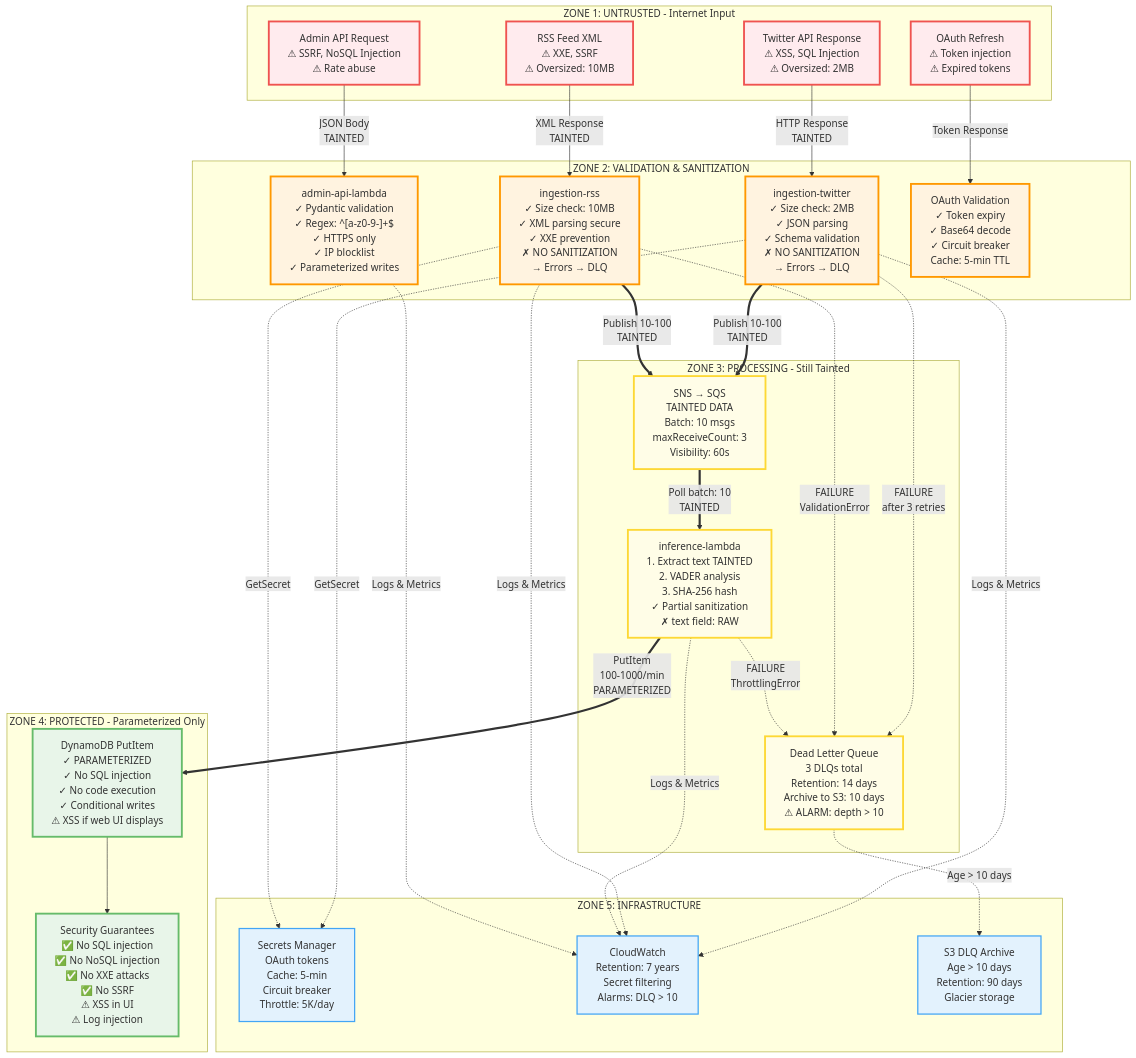
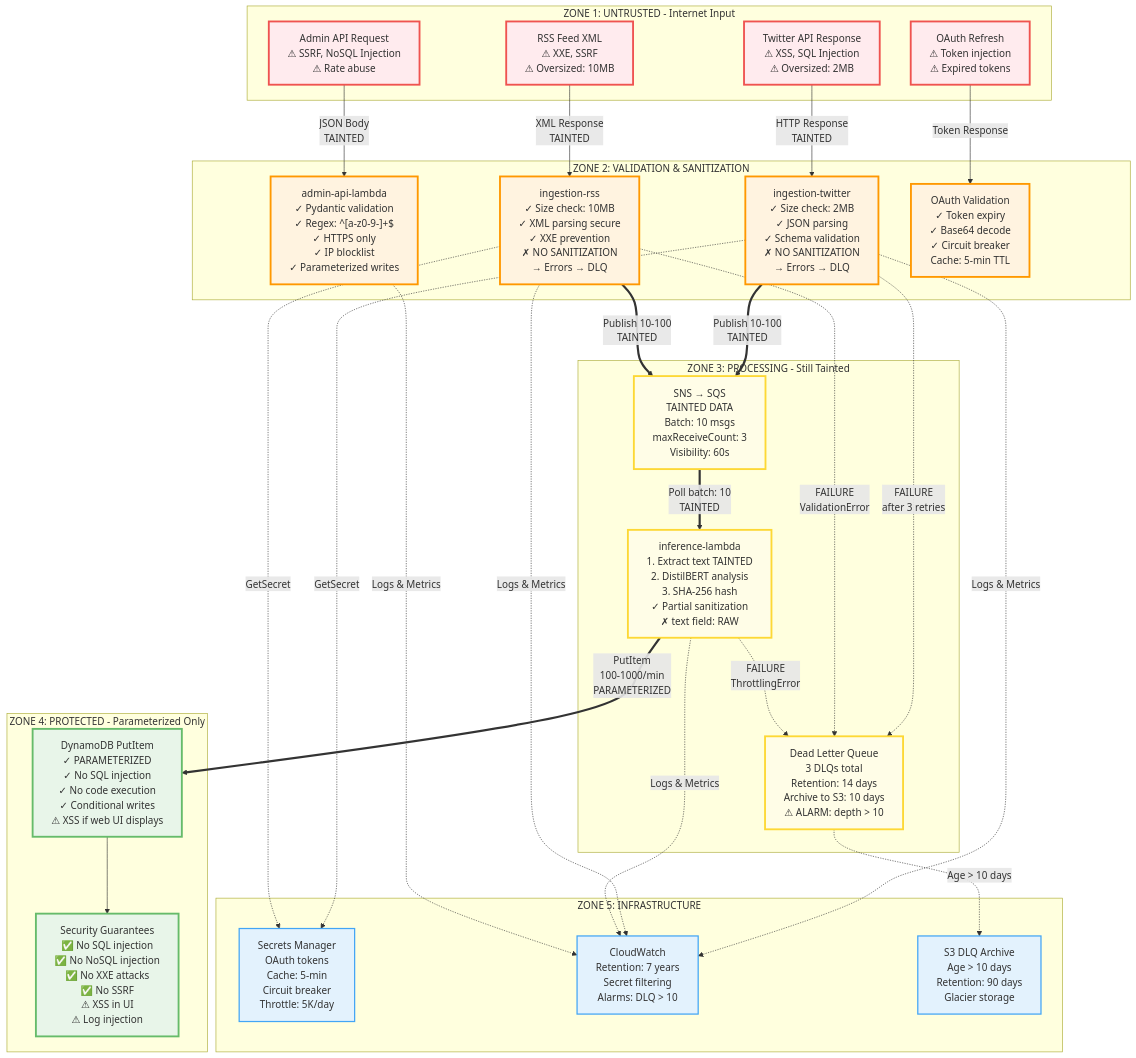
Before and after one commit to traylorre/sentiment-analyzer-gsk: the diagram in docs/diagrams/security-flow.mmd, drawn with Mermaid. The commit also changed 26 other files, not shown here.

```diff
--- a/docs/diagrams/security-flow.mmd
+++ b/docs/diagrams/security-flow.mmd
@@ -1,74 +1,74 @@
 graph TB
     subgraph Zone1[" ZONE 1: UNTRUSTED - Internet Input "]
         TwitterAPI[Twitter API Response<br/>⚠ XSS, SQL Injection<br/>⚠ Oversized: 2MB]
         RSSXML[RSS Feed XML<br/>⚠ XXE, SSRF<br/>⚠ Oversized: 10MB]
         AdminReq[Admin API Request<br/>⚠ SSRF, NoSQL Injection<br/>⚠ Rate abuse]
         OAuthResp[OAuth Refresh<br/>⚠ Token injection<br/>⚠ Expired tokens]
     end
 
     subgraph Zone2[" ZONE 2: VALIDATION & SANITIZATION "]
         IngestT[ingestion-twitter<br/>✓ Size check: 2MB<br/>✓ JSON parsing<br/>✓ Schema validation<br/>✗ NO SANITIZATION<br/>→ Errors → DLQ]
         IngestR[ingestion-rss<br/>✓ Size check: 10MB<br/>✓ XML parsing secure<br/>✓ XXE prevention<br/>✗ NO SANITIZATION<br/>→ Errors → DLQ]
         AdminL["admin-api-lambda<br/>✓ Pydantic validation<br/>✓ Regex: ^[a-z0-9-]+$<br/>✓ HTTPS only<br/>✓ IP blocklist<br/>✓ Parameterized writes"]
         OAuthV[OAuth Validation<br/>✓ Token expiry<br/>✓ Base64 decode<br/>✓ Circuit breaker<br/>Cache: 5-min TTL]
     end
 
     subgraph Zone3[" ZONE 3: PROCESSING - Still Tainted "]
         Queue[SNS → SQS<br/>TAINTED DATA<br/>Batch: 10 msgs<br/>maxReceiveCount: 3<br/>Visibility: 60s]
-        InferenceL[inference-lambda<br/>1. Extract text TAINTED<br/>2. VADER analysis<br/>3. SHA-256 hash<br/>✓ Partial sanitization<br/>✗ text field: RAW]
+        InferenceL[inference-lambda<br/>1. Extract text TAINTED<br/>2. DistilBERT analysis<br/>3. SHA-256 hash<br/>✓ Partial sanitization<br/>✗ text field: RAW]
         DLQ[Dead Letter Queue<br/>3 DLQs total<br/>Retention: 14 days<br/>Archive to S3: 10 days<br/>⚠ ALARM: depth > 10]
     end
 
     subgraph Zone4[" ZONE 4: PROTECTED - Parameterized Only "]
         DDBWrite[DynamoDB PutItem<br/>✓ PARAMETERIZED<br/>✓ No SQL injection<br/>✓ No code execution<br/>✓ Conditional writes<br/>⚠ XSS if web UI displays]
         SecGuard[Security Guarantees<br/>✅ No SQL injection<br/>✅ No NoSQL injection<br/>✅ No XXE attacks<br/>✅ No SSRF<br/>⚠ XSS in UI<br/>⚠ Log injection]
     end
 
     subgraph Zone5[" ZONE 5: INFRASTRUCTURE "]
         SecretsM[Secrets Manager<br/>OAuth tokens<br/>Cache: 5-min<br/>Circuit breaker<br/>Throttle: 5K/day]
         CW[CloudWatch<br/>Retention: 7 years<br/>Secret filtering<br/>Alarms: DLQ > 10]
         S3Arch[S3 DLQ Archive<br/>Age > 10 days<br/>Retention: 90 days<br/>Glacier storage]
     end
 
     %% Data Flow
     TwitterAPI -->|HTTP Response<br/>TAINTED| IngestT
     RSSXML -->|XML Response<br/>TAINTED| IngestR
     AdminReq -->|JSON Body<br/>TAINTED| AdminL
     OAuthResp -->|Token Response| OAuthV
 
     IngestT -.->|GetSecret| SecretsM
     IngestR -.->|GetSecret| SecretsM
 
     IngestT ==>|Publish 10-100<br/>TAINTED| Queue
     IngestR ==>|Publish 10-100<br/>TAINTED| Queue
 
     Queue ==>|Poll batch: 10<br/>TAINTED| InferenceL
 
     %% Error Paths
     IngestT -.->|FAILURE<br/>after 3 retries| DLQ
     IngestR -.->|FAILURE<br/>ValidationError| DLQ
     InferenceL -.->|FAILURE<br/>ThrottlingError| DLQ
     DLQ -.->|Age > 10 days| S3Arch
 
     %% Success Path
     InferenceL ==>|PutItem<br/>100-1000/min<br/>PARAMETERIZED| DDBWrite
     DDBWrite --> SecGuard
 
     %% Monitoring
     IngestT -.->|Logs & Metrics| CW
     IngestR -.->|Logs & Metrics| CW
     InferenceL -.->|Logs & Metrics| CW
     AdminL -.->|Logs & Metrics| CW
 
     %% Styling
     classDef untrusted fill:#FFEBEE,stroke:#EF5350,stroke-width:3px
     classDef validation fill:#FFF3E0,stroke:#FF9800,stroke-width:3px
     classDef processing fill:#FFFDE7,stroke:#FDD835,stroke-width:3px
     classDef protected fill:#E8F5E9,stroke:#66BB6A,stroke-width:3px
     classDef infrastructure fill:#E3F2FD,stroke:#42A5F5,stroke-width:2px
 
     class TwitterAPI,RSSXML,AdminReq,OAuthResp untrusted
     class IngestT,IngestR,AdminL,OAuthV validation
     class Queue,InferenceL,DLQ processing
     class DDBWrite,SecGuard protected
     class SecretsM,CW,S3Arch infrastructure
```
